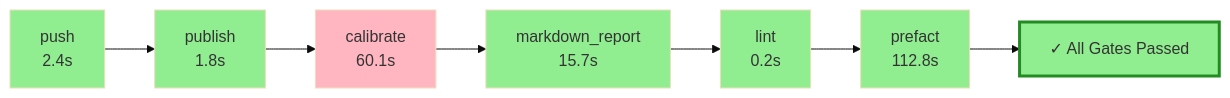
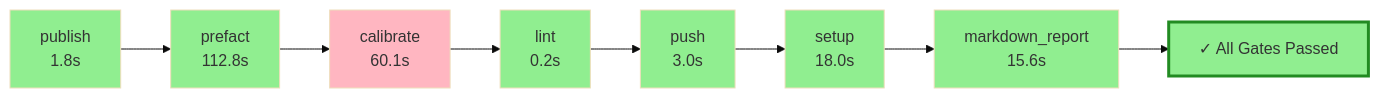
The diagram in .pyqual/report.md (wronai/fixos), drawn with Mermaid (base theme) before and after one commit. The commit also changed other lines of this file and 2 other files, not shown here.

````diff
--- a/.pyqual/report.md
+++ b/.pyqual/report.md
@@ -10,23 +10,26 @@
 ```mermaid
 flowchart LR
-    S0["push<br/>2.4s"]
+    S0["publish<br/>1.8s"]
     style S0 fill:#90EE90
-    S1["publish<br/>1.8s"]
+    S1["prefact<br/>112.8s"]
     style S1 fill:#90EE90
     S0 --> S1
     S2["calibrate<br/>60.1s"]
     style S2 fill:#FFB6C1
     S1 --> S2
-    S3["markdown_report<br/>15.7s"]
+    S3["lint<br/>0.2s"]
     style S3 fill:#90EE90
     S2 --> S3
-    S4["lint<br/>0.2s"]
+    S4["push<br/>3.0s"]
     style S4 fill:#90EE90
     S3 --> S4
-    S5["prefact<br/>112.8s"]
+    S5["setup<br/>18.0s"]
     style S5 fill:#90EE90
     S4 --> S5
+    S6["markdown_report<br/>15.6s"]
+    style S6 fill:#90EE90
+    S5 --> S6
     G["✓ All Gates Passed"]
     style G fill:#90EE90,stroke:#228B22,stroke-width:3px
-    S5 --> G
+    S6 --> G
 ```
````
